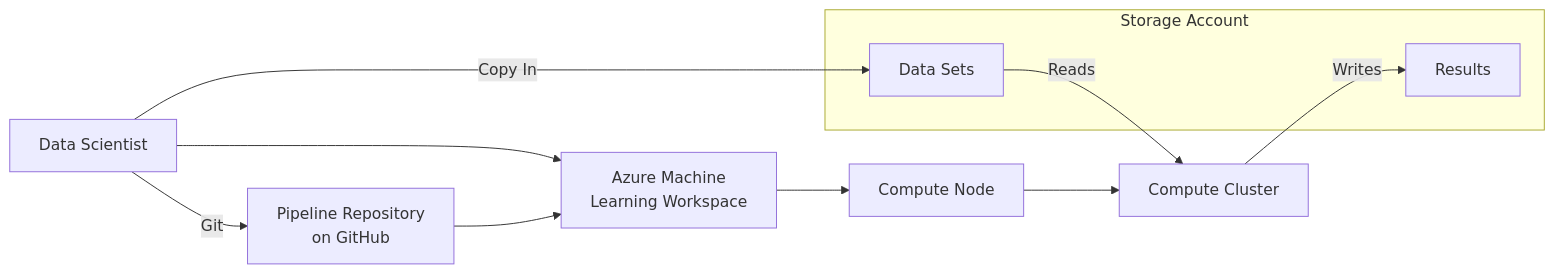
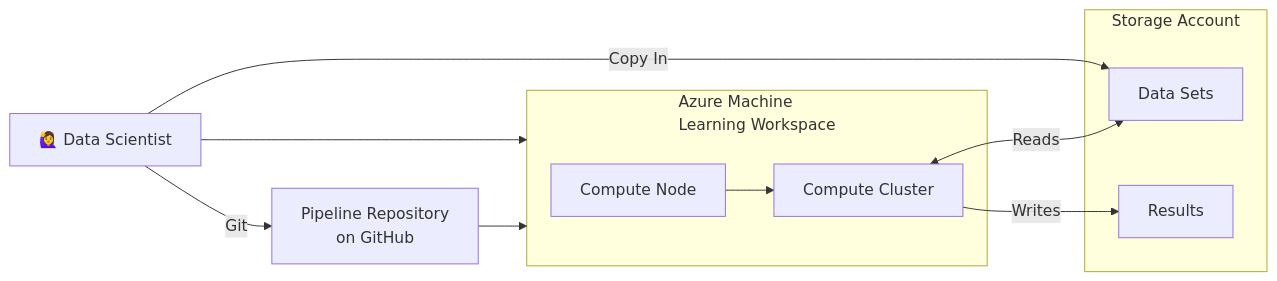
One commit to Internet2/class-adv-spr2024-aiml changed the second of 2 diagrams in azure-deployment/README.md. Above: the diagram before and after it, drawn with Mermaid. The commit also changed 1 other file, not shown here.

Commit message:
More readme

````diff
--- a/azure-deployment/README.md
+++ b/azure-deployment/README.md
@@ -23,15 +23,18 @@
 ```mermaid
 graph LR;
-  scientist[Data Scientist] --Git--> repo[Pipeline Repository\non GitHub]
+  scientist[🙋‍♀️ Data Scientist] --Git--> repo[Pipeline Repository\non GitHub]
   scientist -->azml
   scientist --Copy In-->data
-  repo --> azml[Azure Machine\nLearning Workspace]
-  azml -->compute[Compute Node]
-  compute -->computeC[Compute Cluster]
+  subgraph azml[Azure Machine\nLearning Workspace]
+    compute[Compute Node]
+    computeC[Compute Cluster]
+  end
+  repo --> azml
+  compute[Compute Node ] -->computeC[Compute Cluster]
   computeC --Writes-->results
-  data --Reads--> computeC
+  computeC <--Reads--> data
   subgraph sa[Storage Account]
     results[Results]
     data[Data Sets]
   end
 ```
````
